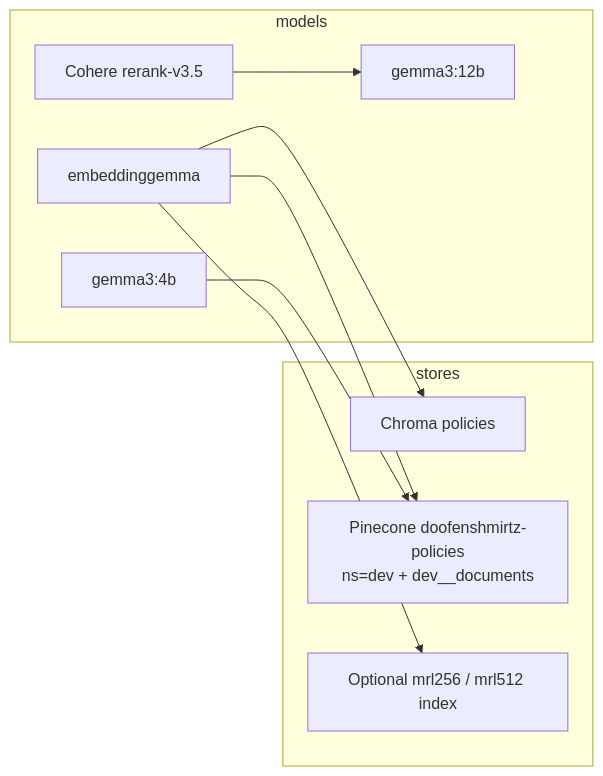
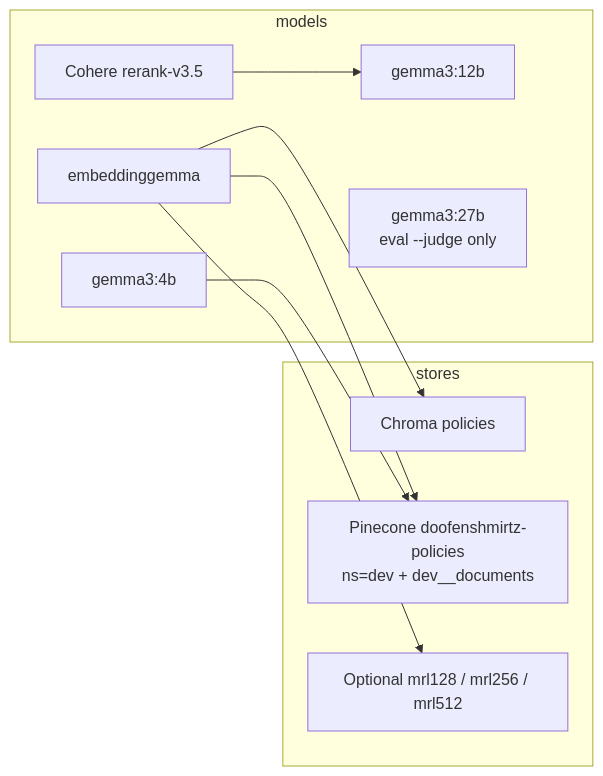
The third of 3 diagrams in new.md (nachiketht/doofenshmirtz-evil-incorporated-rag), drawn with Mermaid before and after one commit. The commit also changed other lines of this file and 14 other files, not shown here.

````diff
--- a/new.md
+++ b/new.md
@@ -65,19 +77,20 @@
 ```mermaid
 flowchart LR
     subgraph models
         Emb[embeddinggemma]
         Route[gemma3:4b]
         Ans[gemma3:12b]
+        Judge[gemma3:27b<br/>eval --judge only]
         Cohere[Cohere rerank-v3.5]
     end
     subgraph stores
         Chroma[Chroma policies]
         PC[Pinecone doofenshmirtz-policies<br/>ns=dev + dev__documents]
-        MRL[Optional mrl256 / mrl512 index]
+        MRL[Optional mrl128 / mrl256 / mrl512]
     end
     Emb --> Chroma
     Emb --> PC
     Emb --> MRL
     Route --> PC
     Cohere --> Ans
 ```
````
